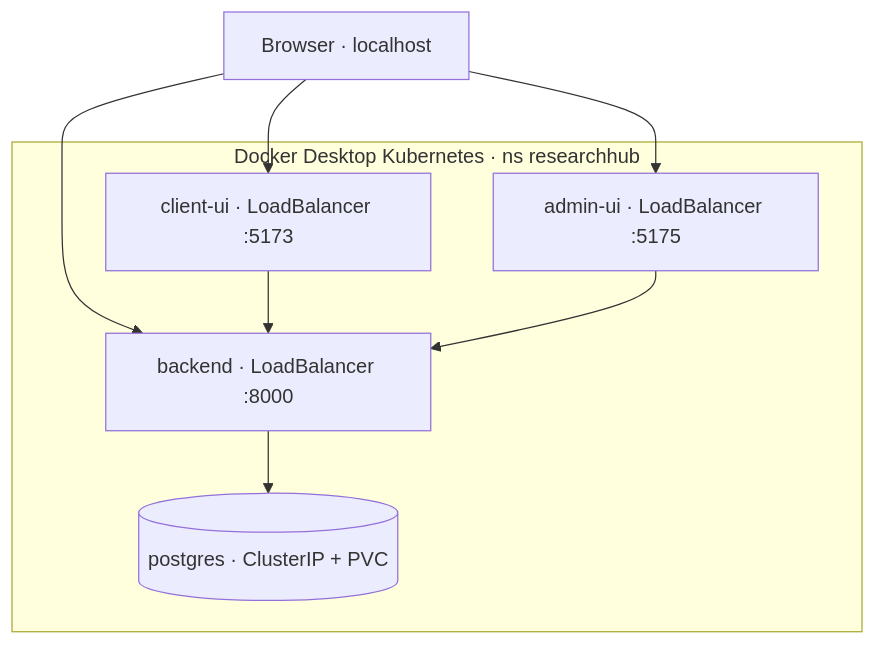
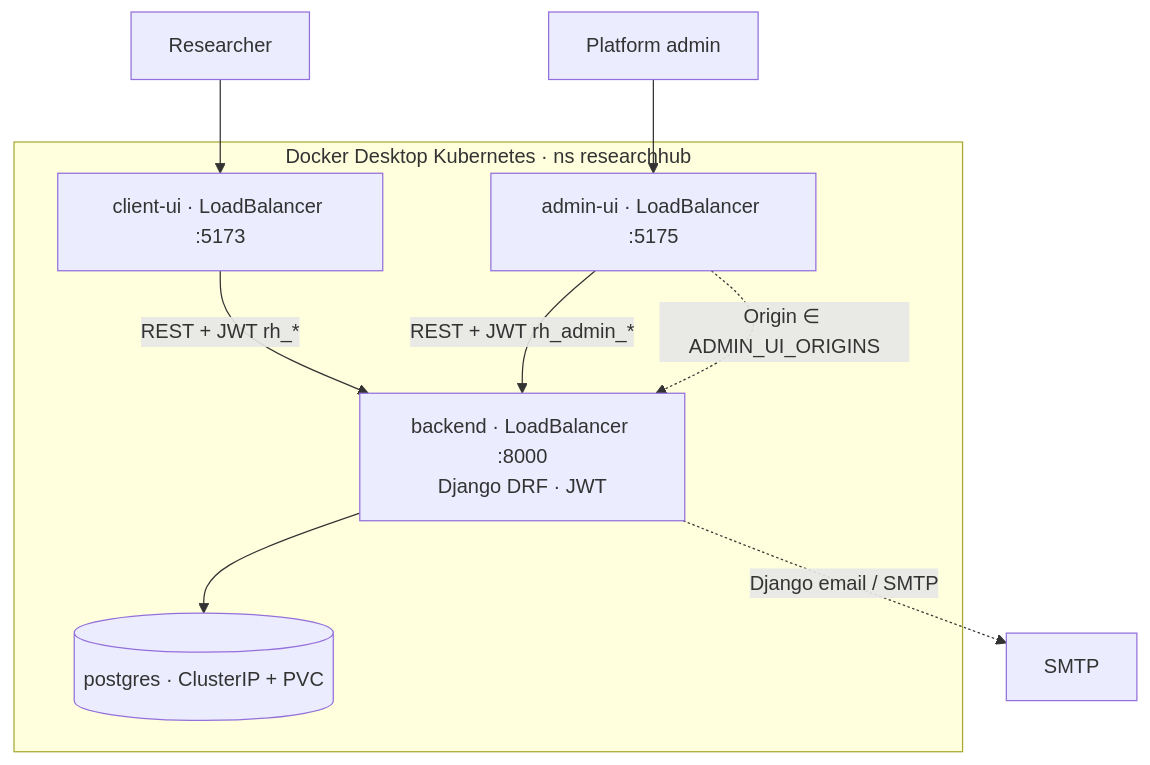
Before and after one commit to ChakerYaakoub/ResearchHub: the first of 8 diagrams in README.md, drawn with Mermaid. The commit also changed other lines of this file and 12 other files, not shown here.

Commit message:
docs: consolidate READMEs, architecture diagrams, and Make helpers

````diff
--- a/README.md
+++ b/README.md
@@ -115,18 +103,20 @@
 ```mermaid
 flowchart TB
-  Browser["Browser · localhost"]
+  Researcher["Researcher"]
+  Admin["Platform admin"]
 
   subgraph K8s["Docker Desktop Kubernetes · ns researchhub"]
     CUI["client-ui · LoadBalancer :5173"]
     AUI["admin-ui · LoadBalancer :5175"]
-    API["backend · LoadBalancer :8000"]
+    API["backend · LoadBalancer :8000<br/>Django DRF · JWT"]
     PG[("postgres · ClusterIP + PVC")]
   end
 
-  Browser --> CUI
-  Browser --> AUI
-  Browser --> API
-  CUI --> API
-  AUI --> API
+  Researcher --> CUI
+  Admin --> AUI
+  CUI -->|"REST + JWT rh_*"| API
+  AUI -->|"REST + JWT rh_admin_*"| API
+  AUI -.->|"Origin ∈ ADMIN_UI_ORIGINS"| API
   API --> PG
+  API -.->|"Django email / SMTP"| Mail["SMTP"]
 ```
````
